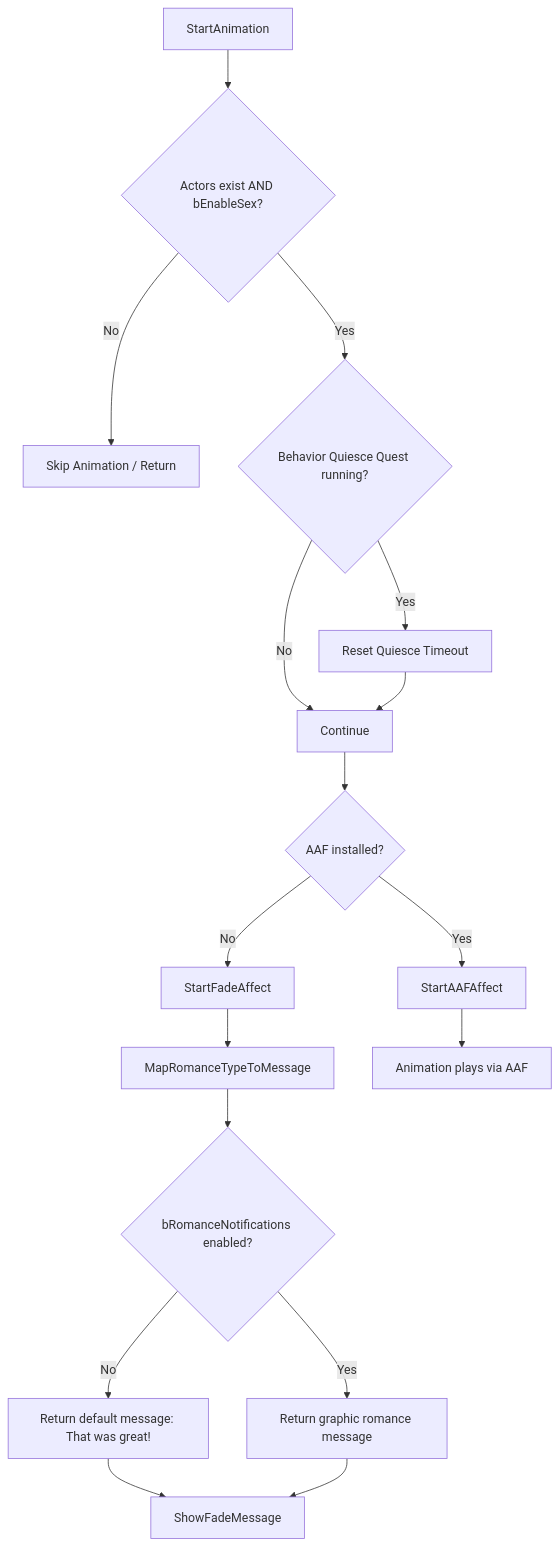
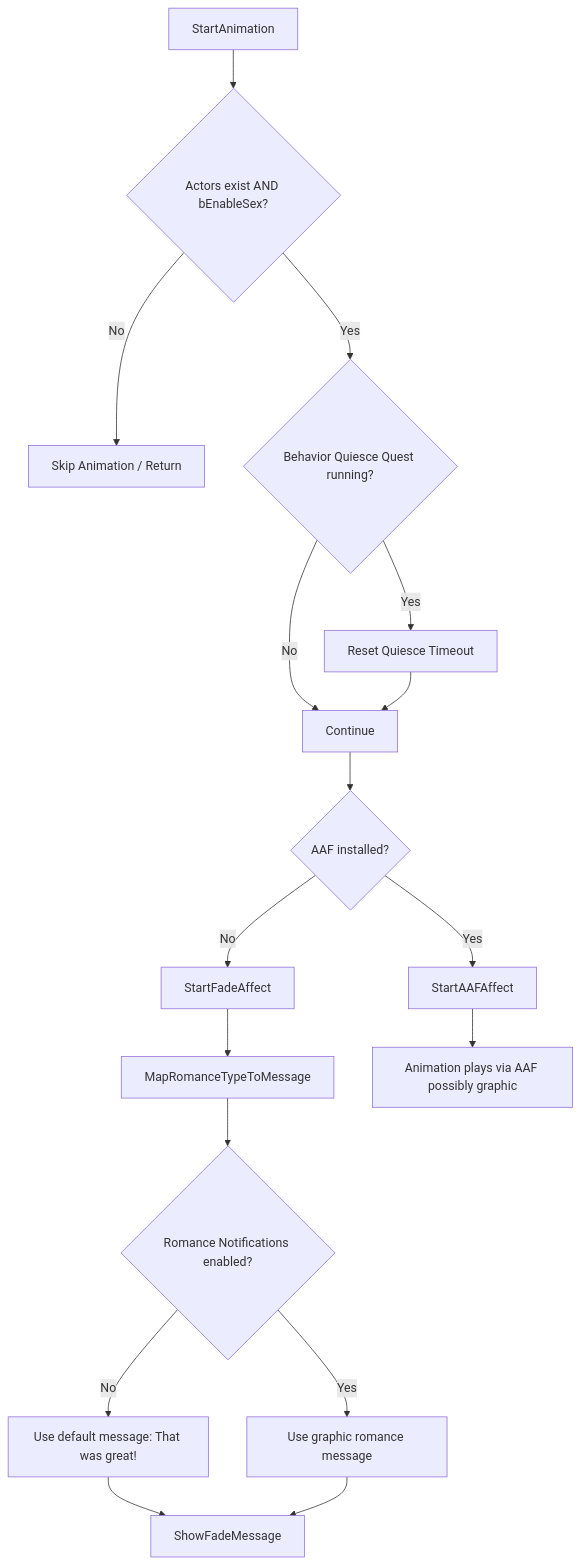
The diagram in compliance.md (louisthird-git/Assimilation-Docs), drawn with Mermaid before and after one commit. The commit also changed other lines of this file, not shown here.

Commit message:
fixed mermaid flowchart

````diff
--- a/compliance.md
+++ b/compliance.md
@@ -19,19 +19,19 @@
 ```mermaid
 flowchart TD
     A[StartAnimation] --> B{Actors exist AND bEnableSex?}
     B -- No --> Z[Skip Animation / Return]
     B -- Yes --> C{Behavior Quiesce Quest running?}
     C -- Yes --> D[Reset Quiesce Timeout]
     C -- No --> E[Continue]
     D --> E
     E --> F{AAF installed?}
     F -- Yes --> G[StartAAFAffect]
     F -- No --> H[StartFadeAffect]
     H --> I[MapRomanceTypeToMessage]
-    I --> J{bRomanceNotifications enabled?}
-    J -- No --> K[Return default message: That was great!]
-    J -- Yes --> L[Return graphic romance message]
+    I --> J{Romance Notifications enabled?}
+    J -- No --> K[Use default message: That was great!]
+    J -- Yes --> L[Use graphic romance message]
     K --> M[ShowFadeMessage]
     L --> M
-    G --> N[Animation plays via AAF]
+    G --> N[Animation plays via AAF possibly graphic]
 ```
````
